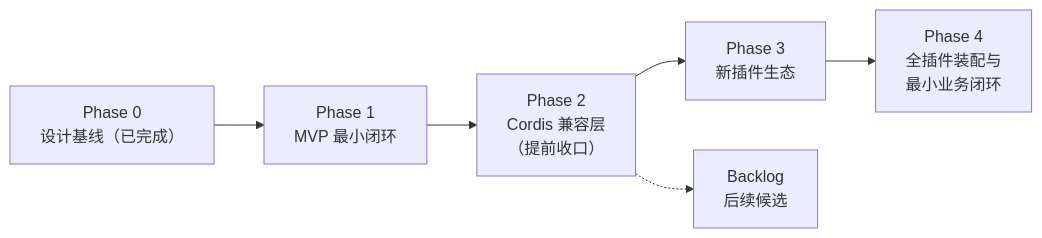
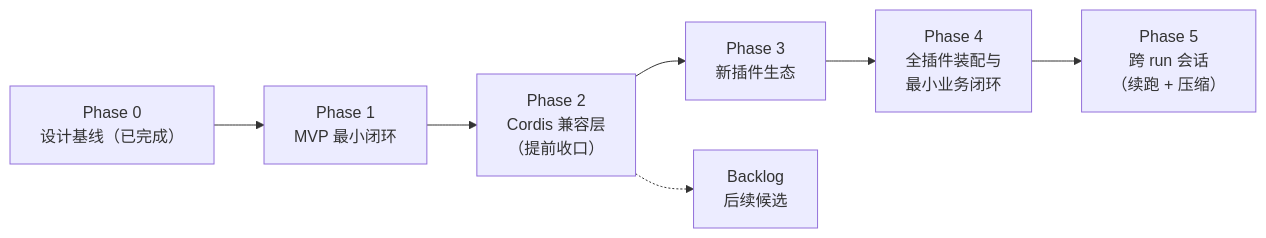
The diagram in docs/roadmap/00-roadmap.md (qingbird1983/keel), drawn with Mermaid before and after one commit. The commit also changed other lines of this file and 3 other files, not shown here.

Commit message:
docs(phase5): draft session continuity charter - cross-run sessions, resume/recovery, compaction; K1-K6 pending owner confirmation

````diff
--- a/docs/roadmap/00-roadmap.md
+++ b/docs/roadmap/00-roadmap.md
@@ -15,8 +15,9 @@
 ```mermaid
 graph LR
     P0["Phase 0<br/>设计基线（已完成）"] --> P1["Phase 1<br/>MVP 最小闭环"]
     P1 --> P2["Phase 2<br/>Cordis 兼容层<br/>（提前收口）"]
     P2 --> P3["Phase 3<br/>新插件生态"]
     P3 --> P4["Phase 4<br/>全插件装配与<br/>最小业务闭环"]
+    P4 --> P5["Phase 5<br/>跨 run 会话<br/>（续跑 + 压缩）"]
     P2 -.-> B["Backlog<br/>后续候选"]
 ```
````
